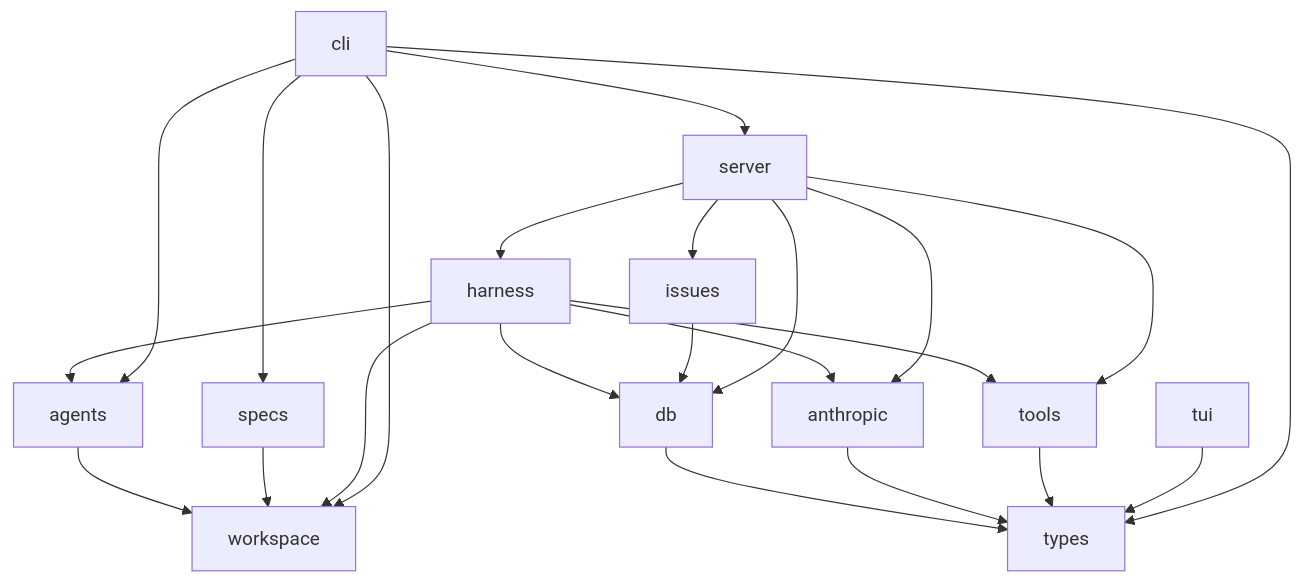
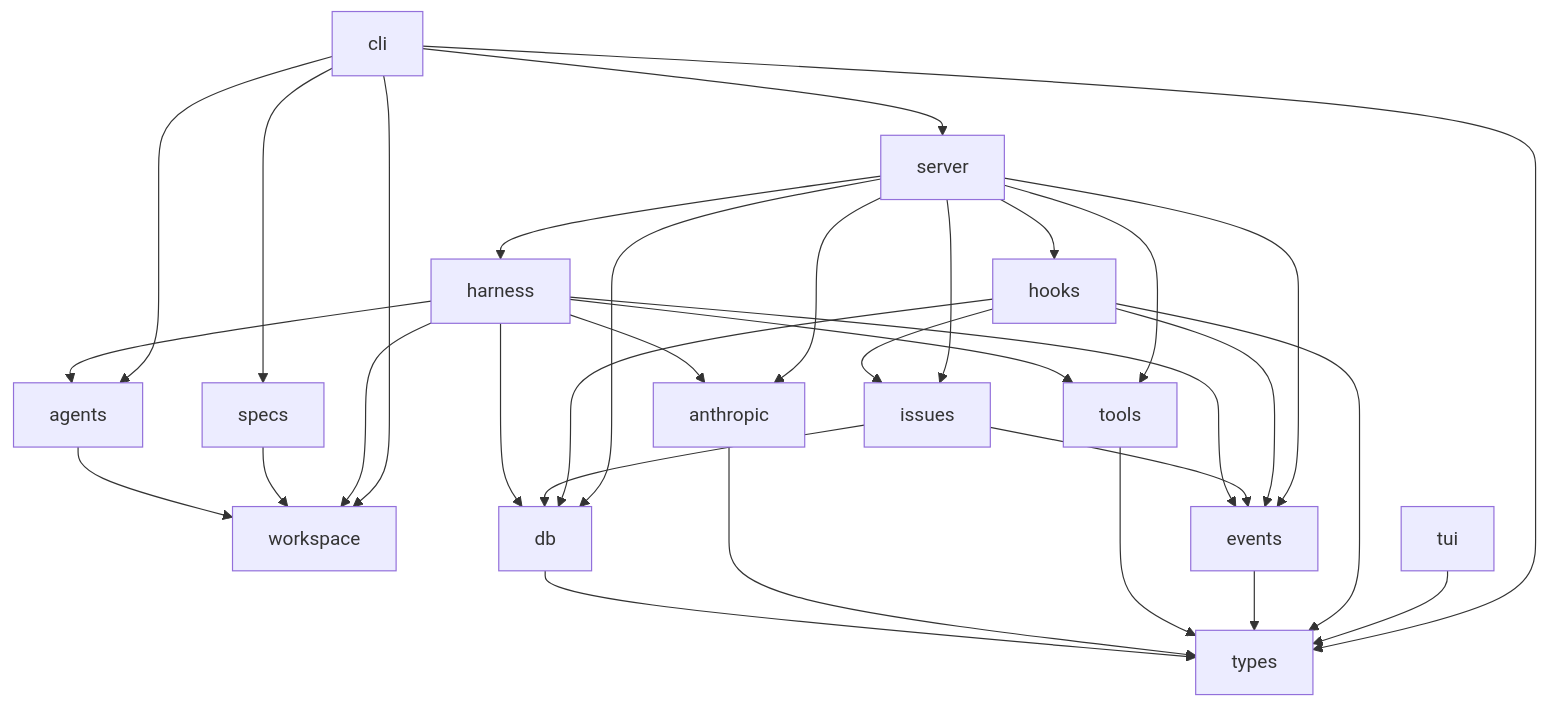
Before and after one commit to drufball/ns2: the diagram in specs/architecture.spec.md, drawn with Mermaid. The commit also changed other lines of this file, not shown here.

Commit message:
Update architecture spec for GH#92 (events + hooks crates)

````diff
--- a/specs/architecture.spec.md
+++ b/specs/architecture.spec.md
@@ -20,20 +20,24 @@
 ```mermaid
 graph TD
     types
     workspace
 
     db --> types
     anthropic --> types
     tools --> types
     agents --> workspace
     specs --> workspace
 
-    harness --> db & anthropic & tools & agents & workspace
+    events --> types
 
-    issues --> db
+    harness --> db & anthropic & tools & agents & workspace & events
 
-    server --> issues & db & anthropic & tools & harness
+    issues --> db & events
+
+    hooks --> events & db & issues & types
+
+    server --> issues & db & anthropic & tools & harness & events & hooks
 
     tui --> types
     cli --> agents & specs & workspace & server & types
 ```
````
